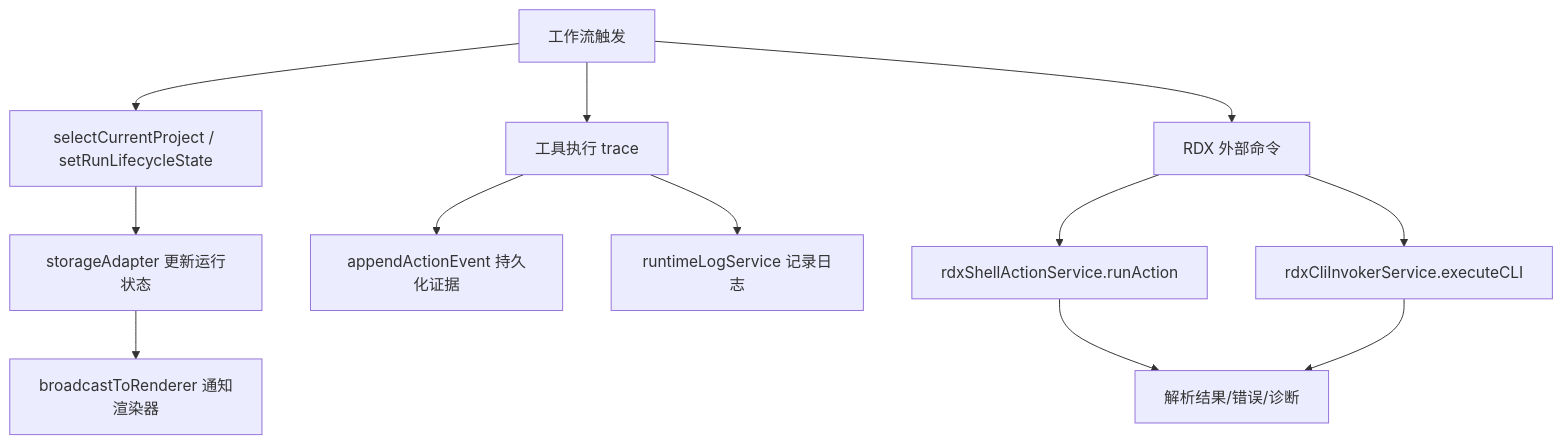
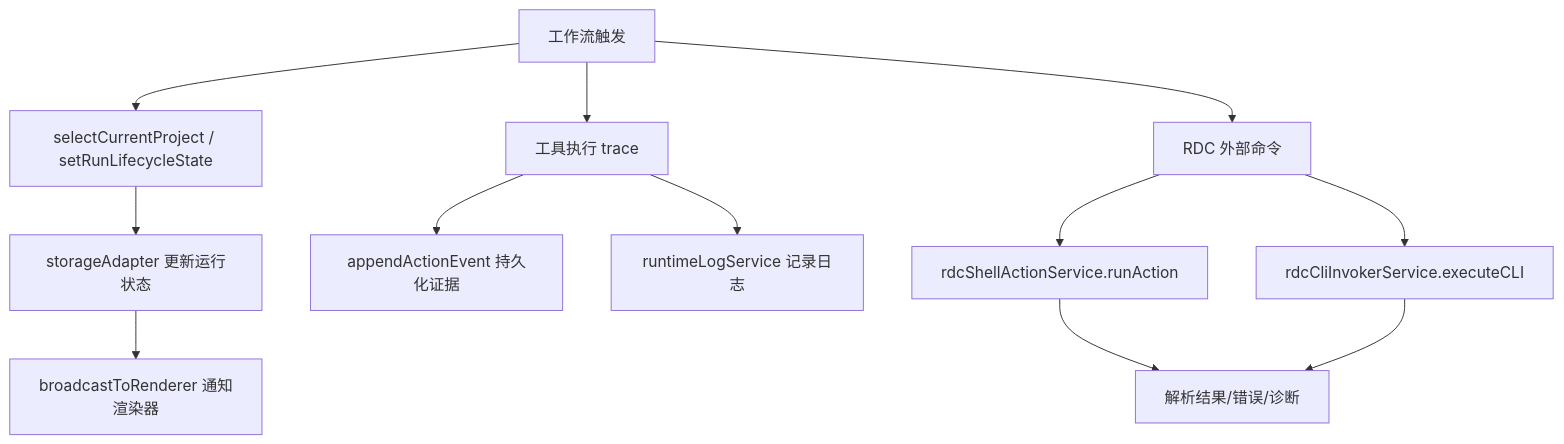
Before and after one commit to haolange/RDC-Agent: the ninth of 10 diagrams in .qoder/repowiki/zh/content/架构设计/主进程架构/主进程架构.md, drawn with Mermaid. The commit also changed other lines of this file and 557 other files, not shown here.

````diff
--- a/.qoder/repowiki/zh/content/架构设计/主进程架构/主进程架构.md
+++ b/.qoder/repowiki/zh/content/架构设计/主进程架构/主进程架构.md
@@ -363,14 +363,14 @@
 ```mermaid
 flowchart TD
 A["工作流触发"] --> B["selectCurrentProject / setRunLifecycleState"]
 B --> C["storageAdapter 更新运行状态"]
 C --> D["broadcastToRenderer 通知渲染器"]
 A --> E["工具执行 trace"]
 E --> F["appendActionEvent 持久化证据"]
 E --> G["runtimeLogService 记录日志"]
-A --> H["RDX 外部命令"]
-H --> I["rdxShellActionService.runAction"]
-H --> J["rdxCliInvokerService.executeCLI"]
+A --> H["RDC 外部命令"]
+H --> I["rdcShellActionService.runAction"]
+H --> J["rdcCliInvokerService.executeCLI"]
 I --> K["解析结果/错误/诊断"]
 J --> K
 ```
````
